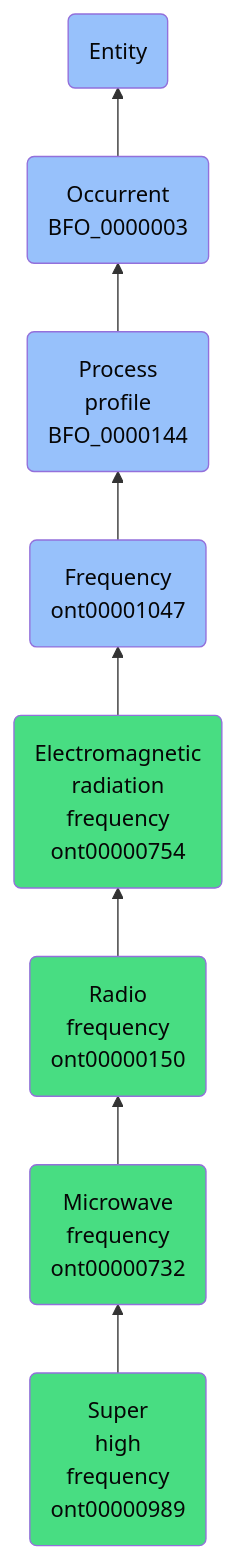
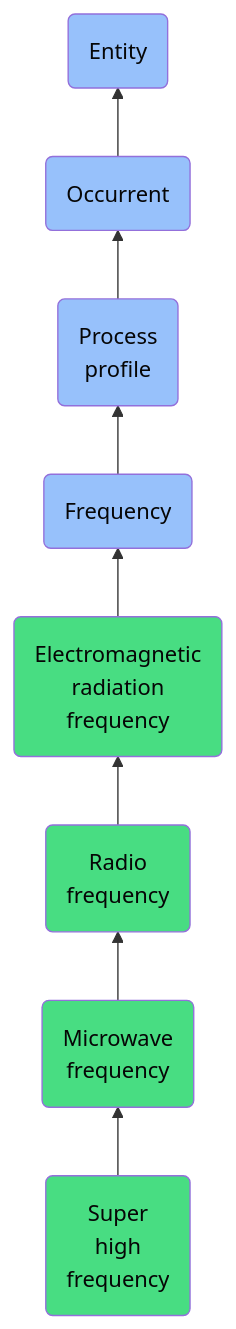
Before and after one commit to jupyter-naas/abi: the diagram in docs/ontology/reference/model/Entity/Occurrent/Process profile/Frequency/Electromagnetic radiation frequency/Radio frequency/Microwave frequency/Super high frequency/Super high frequency.md, drawn with Mermaid. The commit also changed other lines of this file and 1430 other files, not shown here.

````diff
--- a/docs/ontology/reference/model/Entity/Occurrent/Process profile/Frequency/Electromagnetic radiation frequency/Radio frequency/Microwave frequency/Super high frequency/Super high frequency.md
+++ b/docs/ontology/reference/model/Entity/Occurrent/Process profile/Frequency/Electromagnetic radiation frequency/Radio frequency/Microwave frequency/Super high frequency/Super high frequency.md
@@ -24,15 +24,15 @@
 ```mermaid
 graph BT
-    ont00000989(Super<br>high<br>frequency<br>ont00000989):::ABI-->ont00000732
-    ont00000732(Microwave<br>frequency<br>ont00000732):::ABI-->ont00000150
-    ont00000150(Radio<br>frequency<br>ont00000150):::ABI-->ont00000754
-    ont00000754(Electromagnetic<br>radiation<br>frequency<br>ont00000754):::ABI-->ont00001047
-    ont00001047(Frequency<br>ont00001047):::BFO-->BFO_0000144
-    BFO_0000144(Process<br>profile<br>BFO_0000144):::BFO-->BFO_0000003
-    BFO_0000003(Occurrent<br>BFO_0000003):::BFO-->BFO_0000001
+    ont00000989(Super<br>high<br>frequency):::ABI-->ont00000732
+    ont00000732(Microwave<br>frequency):::ABI-->ont00000150
+    ont00000150(Radio<br>frequency):::ABI-->ont00000754
+    ont00000754(Electromagnetic<br>radiation<br>frequency):::ABI-->ont00001047
+    ont00001047(Frequency):::BFO-->BFO_0000144
+    BFO_0000144(Process<br>profile):::BFO-->BFO_0000003
+    BFO_0000003(Occurrent):::BFO-->BFO_0000001
     BFO_0000001(Entity):::BFO
     
     classDef BFO fill:#97c1fb,color:#060606
     classDef CCO fill:#e4c51e,color:#060606
     classDef ABI fill:#48DD82,color:#060606
 ```
````
